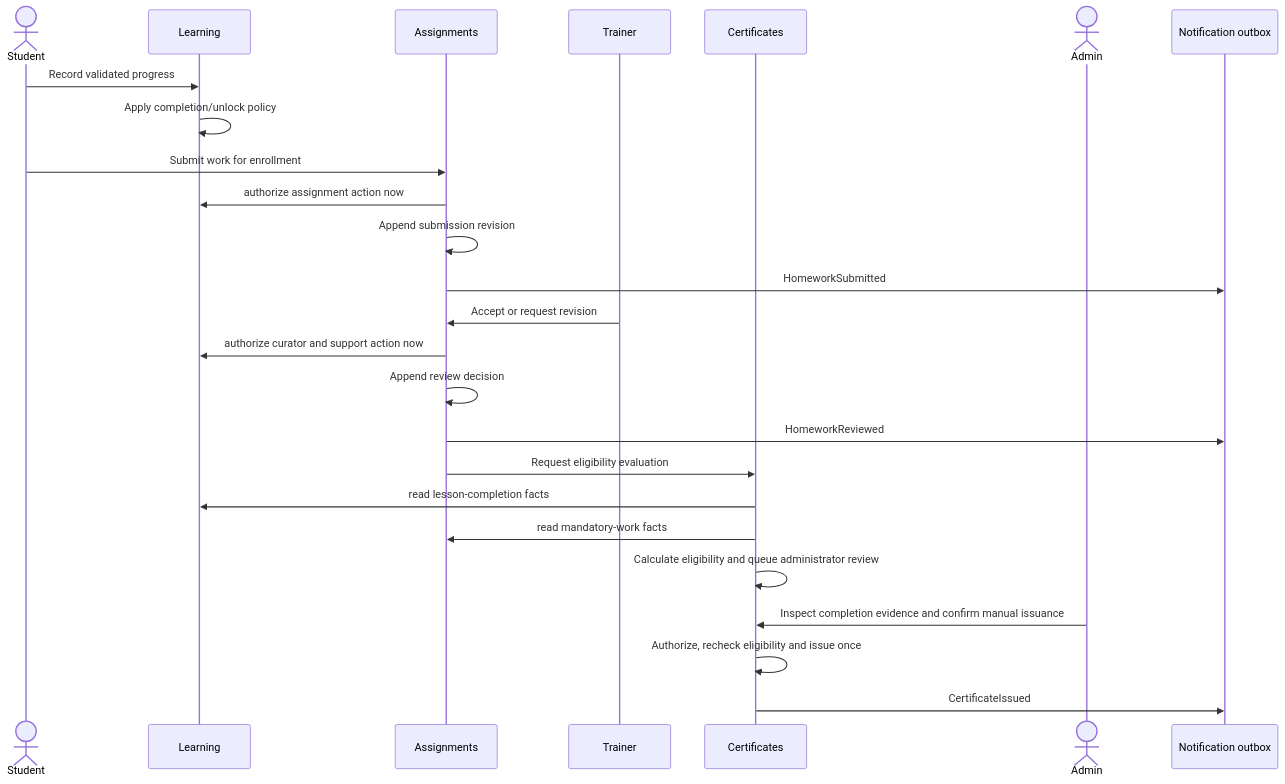
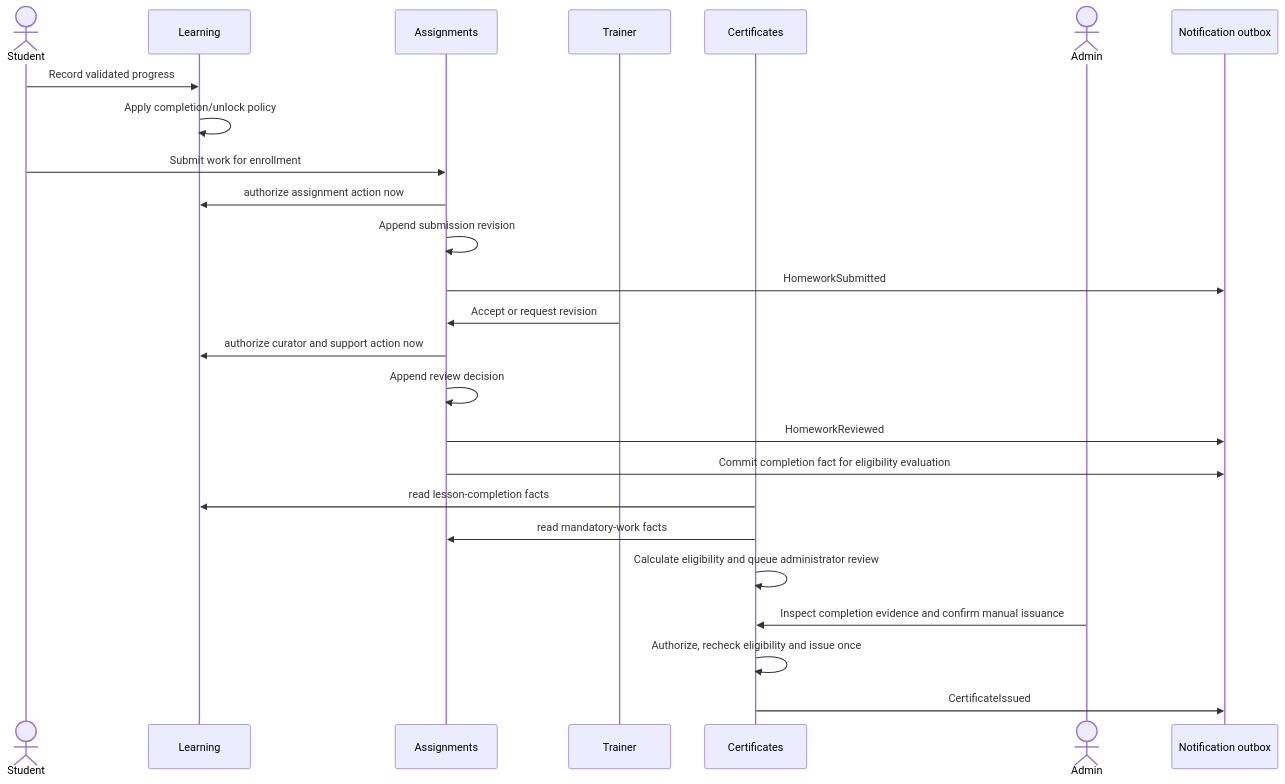
The third of 4 diagrams in docs/architecture/modules.md (IBPA-ANDREEVA/lms-academy), drawn with Mermaid before and after one commit. The commit also changed other lines of this file and 14 other files, not shown here.

Commit message:
docs: align product decisions and frontend-server architecture

````diff
--- a/docs/architecture/modules.md
+++ b/docs/architecture/modules.md
@@ -342,28 +351,28 @@
 ```mermaid
 sequenceDiagram
     actor Student
     participant L as Learning
     participant A as Assignments
     participant Trainer
     participant Cert as Certificates
     actor Admin
     participant N as Notification outbox
 
     Student->>L: Record validated progress
     L->>L: Apply completion/unlock policy
     Student->>A: Submit work for enrollment
     A->>L: authorize assignment action now
     A->>A: Append submission revision
     A->>N: HomeworkSubmitted
     Trainer->>A: Accept or request revision
     A->>L: authorize curator and support action now
     A->>A: Append review decision
     A->>N: HomeworkReviewed
-    A->>Cert: Request eligibility evaluation
+    A->>N: Commit completion fact for eligibility evaluation
     Cert->>L: read lesson-completion facts
     Cert->>A: read mandatory-work facts
     Cert->>Cert: Calculate eligibility and queue administrator review
     Admin->>Cert: Inspect completion evidence and confirm manual issuance
     Cert->>Cert: Authorize, recheck eligibility and issue once
     Cert->>N: CertificateIssued
 ```
````
